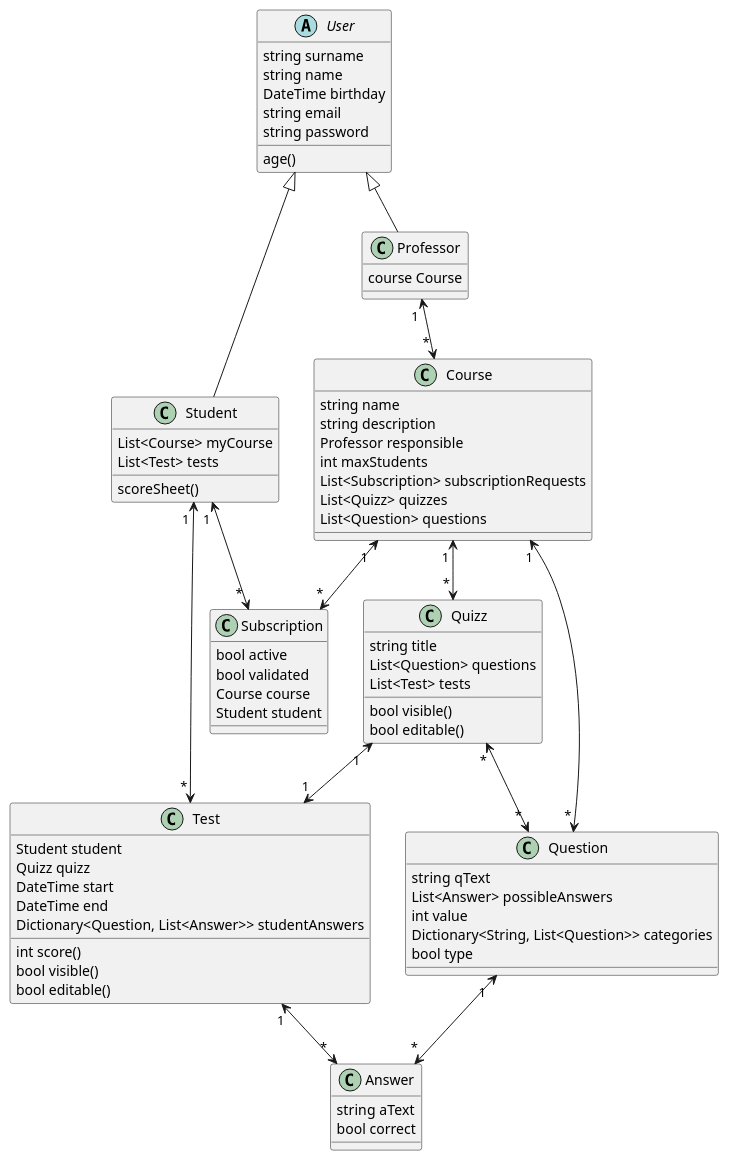
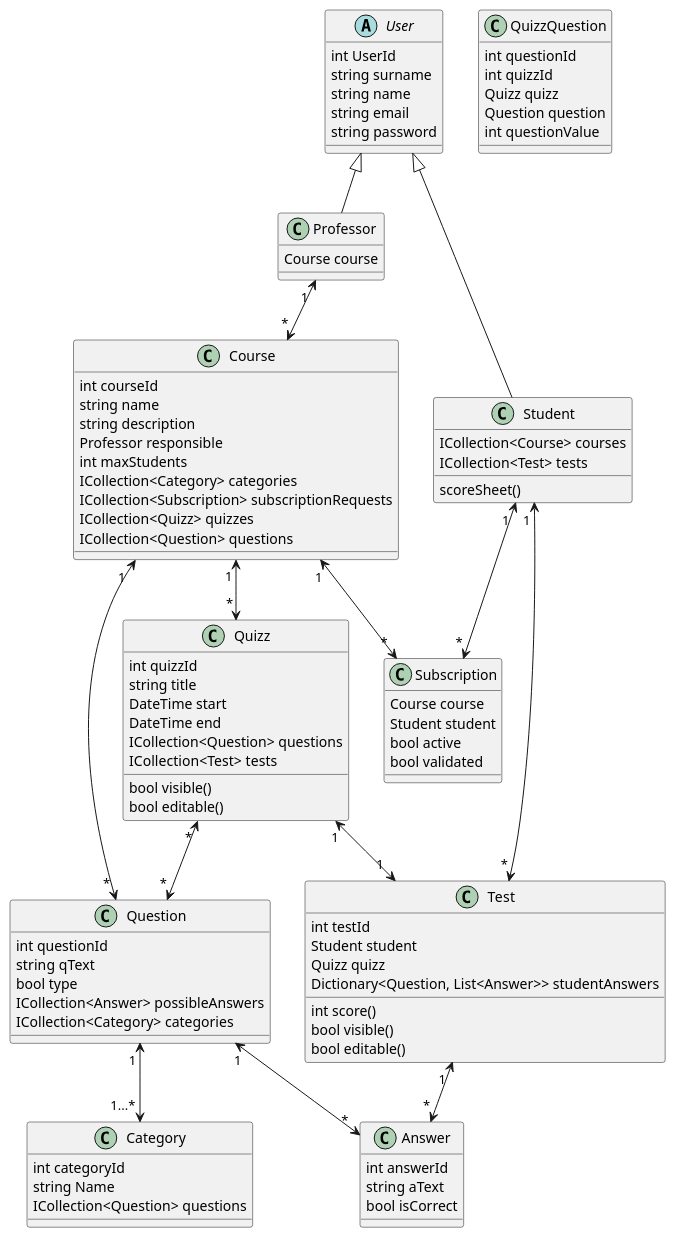
The diagram in prbd_CD.puml (leylv/prbd_documentation), drawn with PlantUML before and after one commit. The commit also changed 2 other files, not shown here.

```diff
--- a/prbd_CD.puml
+++ b/prbd_CD.puml
@@ -1,87 +1,108 @@
 @startuml
 
-abstract class User {
-string surname
+class Answer {
+int answerId
+string aText
+bool isCorrect
+}
+
+class Category {
+int categoryId
+string Name
+ICollection<Question> questions
+}
+
+class Course {
+int courseId
 string name
-DateTime birthday
-string email
-string password
-age()
+string description
+Professor responsible
+int maxStudents
+ICollection<Category> categories
+ICollection<Subscription> subscriptionRequests
+ICollection<Quizz> quizzes
+ICollection<Question> questions
+}
+
+class Professor {
+Course course
+}
+
+'=banque de questions d'un cours :
+class Question {
+int questionId
+'=énoncé :
+string qText
+'=type de question : une seule ou plusieurs réponses
+bool type
+ICollection<Answer> possibleAnswers
+ICollection<Category> categories
+}
+
+class Quizz {
+int quizzId
+string title
+DateTime start
+DateTime end
+ICollection<Question> questions
+ICollection<Test> tests
+bool visible()
+bool editable()
+}
+
+class QuizzQuestion {
+int questionId
+int quizzId
+Quizz quizz
+Question question
+'=valeur de la question :
+int questionValue
 }
 
 class Student {
-List<Course> myCourse
-List<Test> tests
+ICollection<Course> courses
+ICollection<Test> tests
 '= liste des scores obtenus pour les tests
 scoreSheet()
 }
 
-class Professor {
-course Course
-}
-
-class Quizz {
-string title
-List<Question> questions
-List<Test> tests
-bool visible()
-bool editable()
+class Subscription {
+Course course
+Student student
+bool active
+bool validated
 }
 
 class Test {
+int testId
 Student student
 Quizz quizz
-DateTime start
-DateTime end
 Dictionary<Question, List<Answer>> studentAnswers
 int score()
 bool visible()
 bool editable()
 }
 
-class Subscription {
-bool active
-bool validated
-Course course
-Student student
-}
-
-class Question {
-'=énoncé :
-string qText
-List<Answer> possibleAnswers
-'=valeur de la question ("score max") :
-int value
-Dictionary<String, List<Question>> categories
-bool type
-}
-
-class Course {
+abstract class User {
+int UserId
+string surname
 string name
-string description
-Professor responsible
-int maxStudents
-List<Subscription> subscriptionRequests
-List<Quizz> quizzes
-List<Question> questions
-}
-
-class Answer {
-string aText
-bool correct
+string email
+string password
 }
 
 User <|-- Student
 User <|-- Professor
 Student " 1 " <--> " * " Subscription
 Course " 1 " <--> " * " Subscription
 Professor " 1 " <--> " * " Course
 Course " 1 " <--> " * " Quizz
 Course " 1 " <--> " * " Question
 Quizz " * " <--> " * " Question
 Question " 1 " <--> " * " Answer
+Question " 1 " <--> " 1...* " Category
 Quizz " 1 " <--> " 1 " Test
 Student " 1 " <--> " * " Test
 Test " 1 " <--> " * " Answer
 
 @enduml
```
